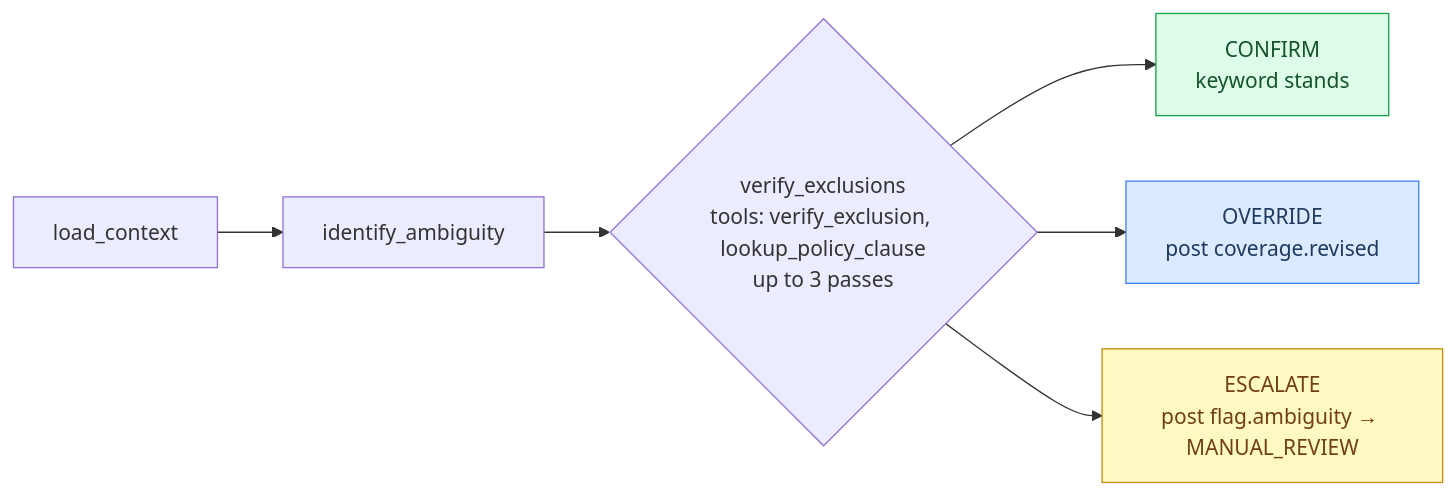
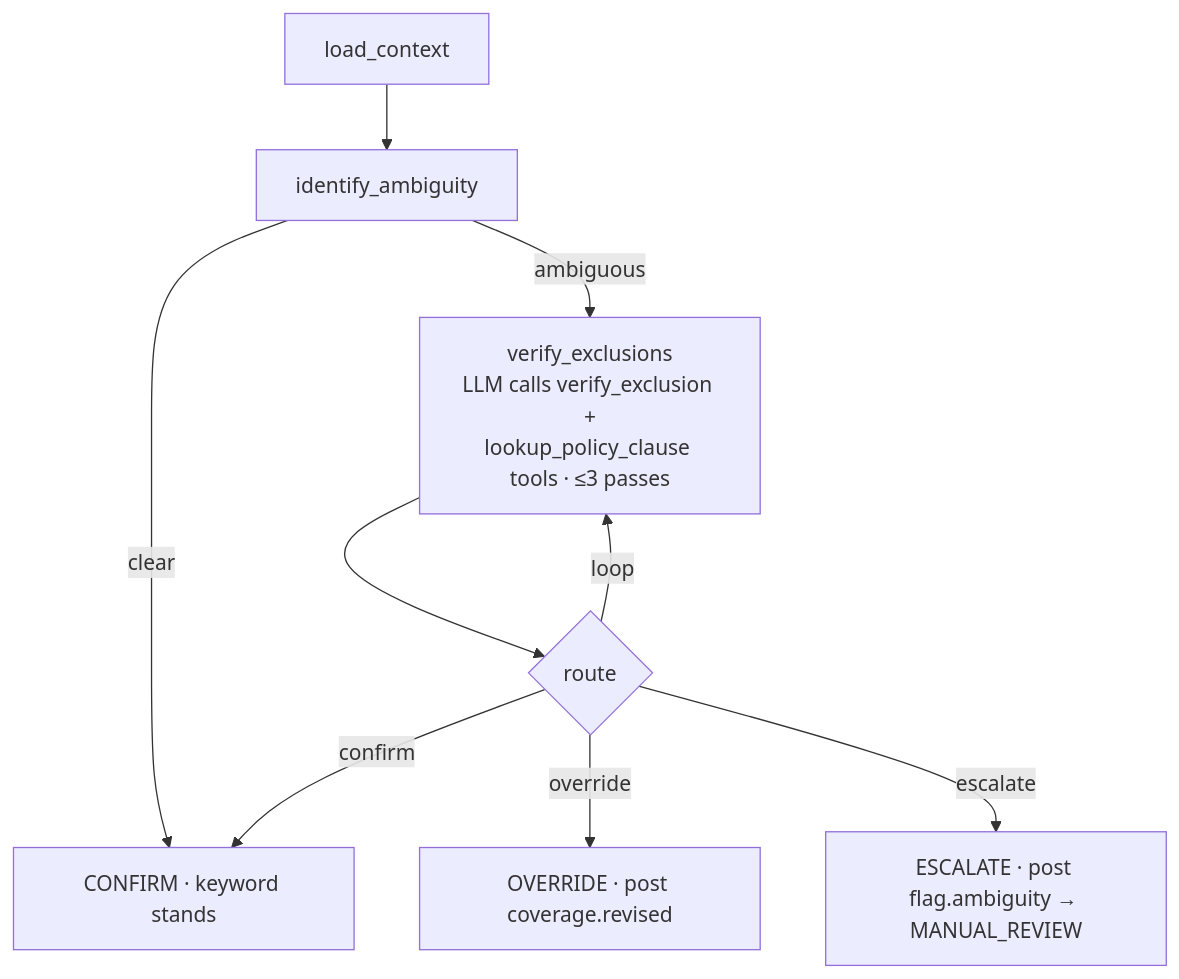
One commit to S-hub18/claims changed the third of 7 diagrams in README.md. Above: the diagram before and after it, drawn with Mermaid. The commit also changed other lines of this file, not shown here.

````diff
--- a/README.md
+++ b/README.md
@@ -190,11 +110,11 @@
 ```mermaid
-flowchart LR
-    A[load_context] --> B[identify_ambiguity]
-    B --> C{"verify_exclusions<br/>tools: verify_exclusion, lookup_policy_clause<br/>up to 3 passes"}
-    C --> D["CONFIRM<br/>keyword stands"]:::ok
-    C --> E["OVERRIDE<br/>post coverage.revised"]:::warn
-    C --> F["ESCALATE<br/>post flag.ambiguity → MANUAL_REVIEW"]:::esc
-    classDef ok fill:#dcfce7,stroke:#16a34a,color:#14532d;
-    classDef warn fill:#dbeafe,stroke:#3b82f6,color:#1e3a5f;
-    classDef esc fill:#fef9c3,stroke:#ca8a04,color:#713f12;
+flowchart TD
+    LC[load_context] --> IA[identify_ambiguity]
+    IA -->|clear| CF[CONFIRM · keyword stands]
+    IA -->|ambiguous| VE
+    VE[verify_exclusions<br/>LLM calls verify_exclusion +<br/>lookup_policy_clause tools · ≤3 passes] --> ROUTE{route}
+    ROUTE -->|loop| VE
+    ROUTE -->|confirm| CF
+    ROUTE -->|override| OV[OVERRIDE · post coverage.revised]
+    ROUTE -->|escalate| ES[ESCALATE · post flag.ambiguity → MANUAL_REVIEW]
 ```
````
